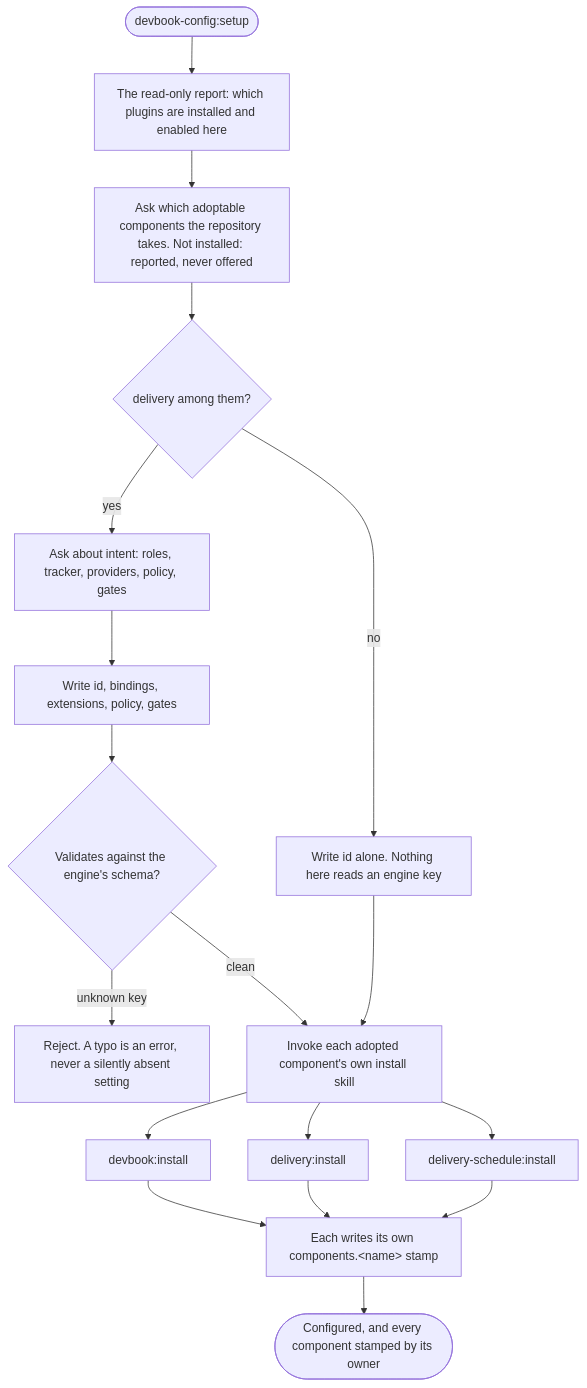
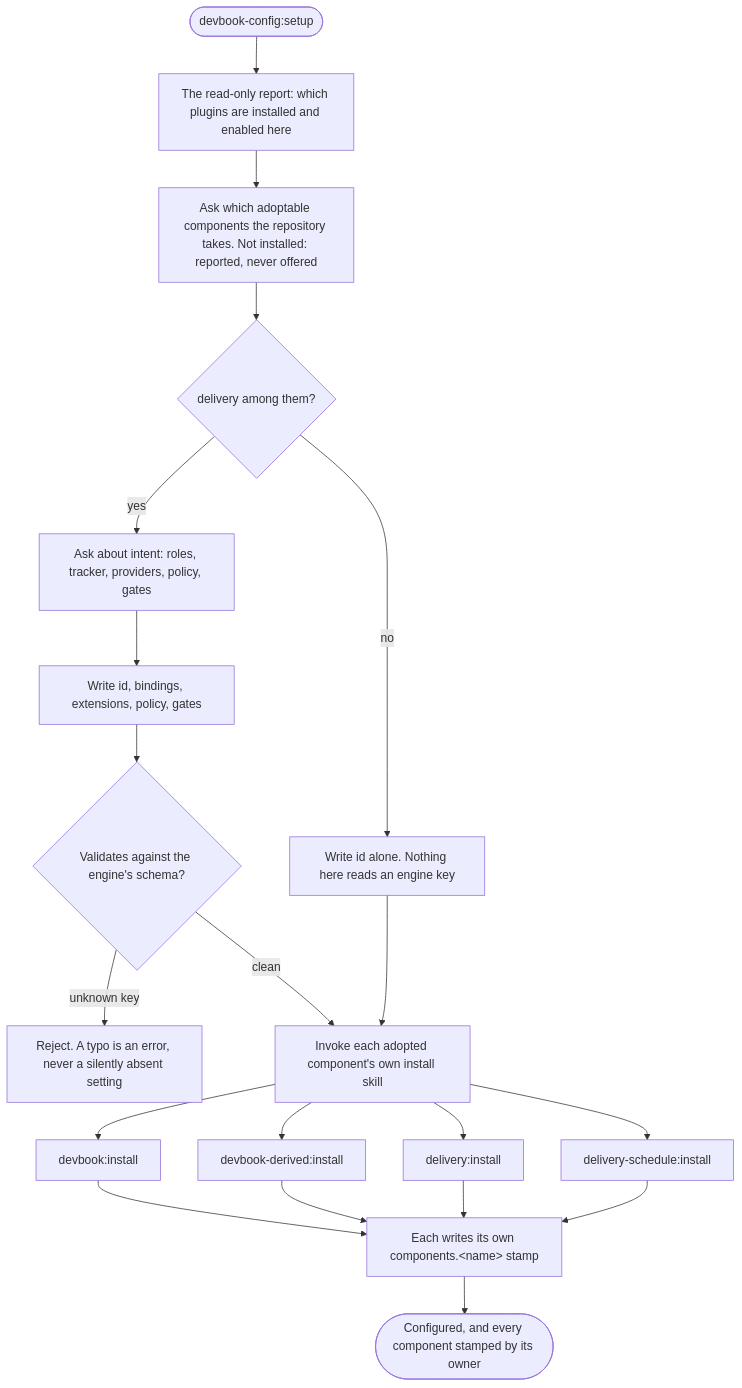
The first of 2 diagrams in .devbook/domain/devbook-config/flow.md (JSdotNet/devbook), drawn with Mermaid before and after one commit. The commit also changed 88 other files, not shown here.

First line of the commit message:
Create devbook-derived and move the tooling into it

````diff
--- a/.devbook/domain/devbook-config/flow.md
+++ b/.devbook/domain/devbook-config/flow.md
@@ -17,20 +17,22 @@
 ```mermaid
 flowchart TD
     start(["devbook-config:setup"]) --> report["The read-only report: which plugins are installed and enabled here"]
     report --> adopt["Ask which adoptable components the repository takes. Not installed: reported, never offered"]
     adopt --> delivery{"delivery among them?"}
     delivery -->|no| idOnly["Write id alone. Nothing here reads an engine key"]
     delivery -->|yes| intent["Ask about intent: roles, tracker, providers, policy, gates"]
     intent --> keys["Write id, bindings, extensions, policy, gates"]
     keys --> validate{"Validates against the engine's schema?"}
     validate -->|"unknown key"| reject["Reject. A typo is an error, never a silently absent setting"]
     validate -->|clean| fanout["Invoke each adopted component's own install skill"]
     idOnly --> fanout
     fanout --> devbookInstall["devbook:install"]
+    fanout --> derivedInstall["devbook-derived:install"]
     fanout --> deliveryInstall["delivery:install"]
     fanout --> scheduleInstall["delivery-schedule:install"]
     devbookInstall --> stamps["Each writes its own components.&lt;name&gt; stamp"]
+    derivedInstall --> stamps
     deliveryInstall --> stamps
     scheduleInstall --> stamps
     stamps --> done(["Configured, and every component stamped by its owner"])
 ```
````
